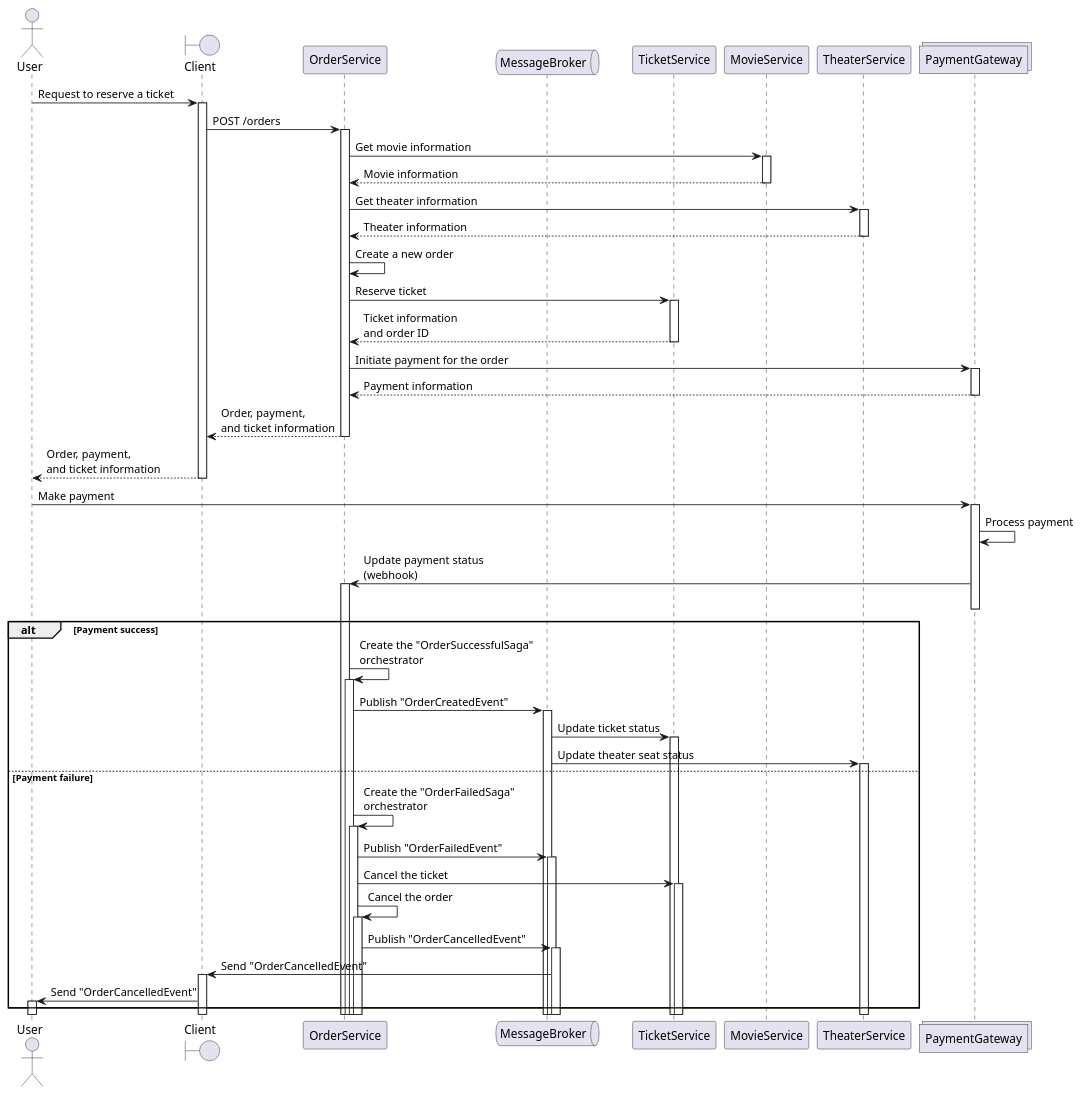
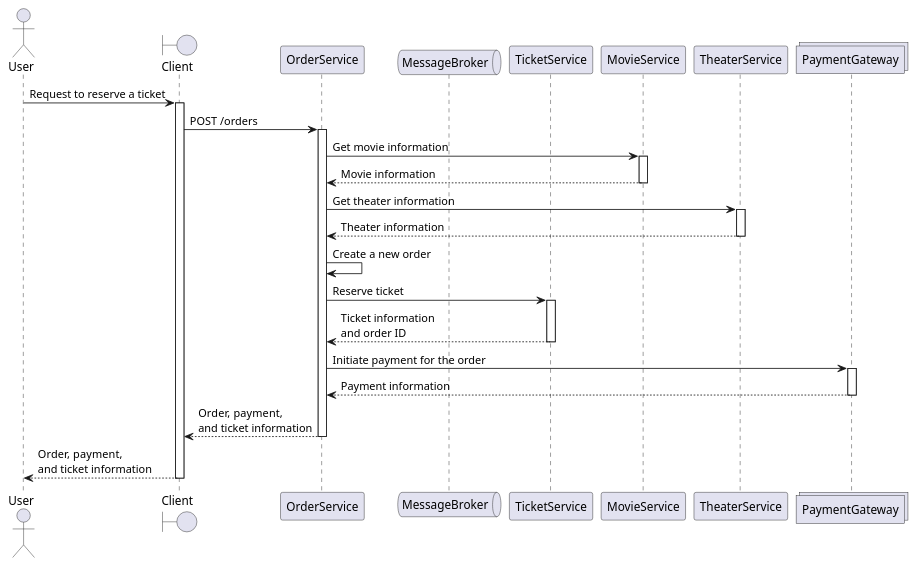
One commit to harmonify/movie-reservation-system changed the diagram in docs/design/order-service/uml/sequence-diagram/reservation-sequence-diagram.puml. Above: the diagram before and after it, drawn with PlantUML.

Commit message:
docs(order-service): remove the payment process from reservation sequence diagram

```diff
--- a/docs/design/order-service/uml/sequence-diagram/reservation-sequence-diagram.puml
+++ b/docs/design/order-service/uml/sequence-diagram/reservation-sequence-diagram.puml
@@ -1,46 +1,26 @@
 @startuml ticket reservation sequence diagram
 
 actor User
 boundary Client
 participant OrderService
 queue MessageBroker
 participant TicketService
 participant MovieService
 participant TheaterService
 collections PaymentGateway
 
 User -> Client ++: Request to reserve a ticket
 Client -> OrderService ++: POST /orders
 OrderService -> MovieService ++: Get movie information
 return Movie information
 OrderService -> TheaterService ++: Get theater information
 return Theater information
 OrderService -> OrderService : Create a new order
 OrderService -> TicketService ++: Reserve ticket
 return Ticket information\nand order ID
 OrderService -> PaymentGateway ++: Initiate payment for the order
 return Payment information
 return Order, payment,\nand ticket information
 return Order, payment,\nand ticket information
 
-User -> PaymentGateway ++: Make payment
-PaymentGateway -> PaymentGateway: Process payment
-PaymentGateway -> OrderService ++: Update payment status\n(webhook)
-deactivate PaymentGateway
-
-alt Payment success
-    OrderService -> OrderService ++: Create the "OrderSuccessfulSaga"\norchestrator
-    OrderService -> MessageBroker ++: Publish "OrderCreatedEvent"
-    MessageBroker -> TicketService ++: Update ticket status
-    MessageBroker -> TheaterService ++: Update theater seat status
-else Payment failure
-    OrderService -> OrderService ++: Create the "OrderFailedSaga"\norchestrator
-    OrderService -> MessageBroker ++: Publish "OrderFailedEvent"
-    OrderService -> TicketService ++: Cancel the ticket
-    OrderService -> OrderService ++: Cancel the order
-    OrderService -> MessageBroker ++: Publish "OrderCancelledEvent"
-    MessageBroker -> Client ++: Send "OrderCancelledEvent"
-    Client -> User ++: Send "OrderCancelledEvent"
-end
-
 @enduml
```
